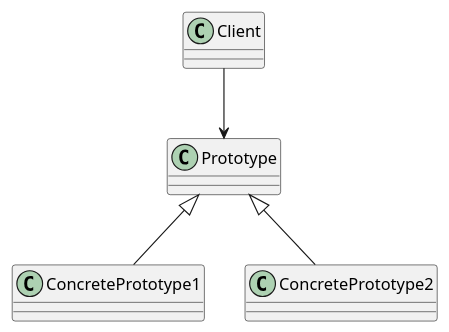
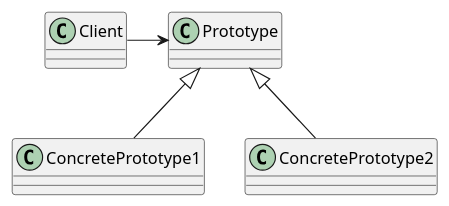
The diagram in src/com/pattern/prototype/readme.md (QiuYingjun/DesignPatternLearning), drawn with PlantUML before and after one commit. The commit also changed 9 other files, not shown here.

````diff
--- a/src/com/pattern/prototype/readme.md
+++ b/src/com/pattern/prototype/readme.md
@@ -13,8 +13,8 @@
 ```plantuml
 @startuml
 class Prototype
-Client-->Prototype
-Prototype<|--ConcretePrototype1
-Prototype<|--ConcretePrototype2
+Client --R> Prototype
+Prototype <|-- ConcretePrototype1
+Prototype <|-- ConcretePrototype2
 @enduml
 ```
````
